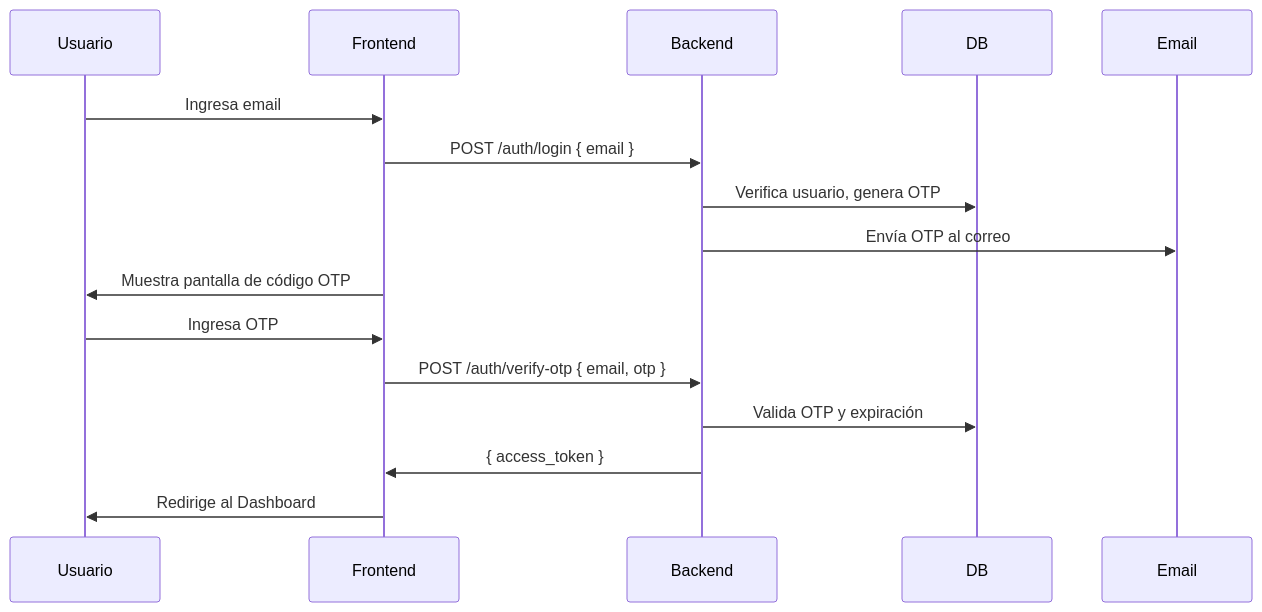
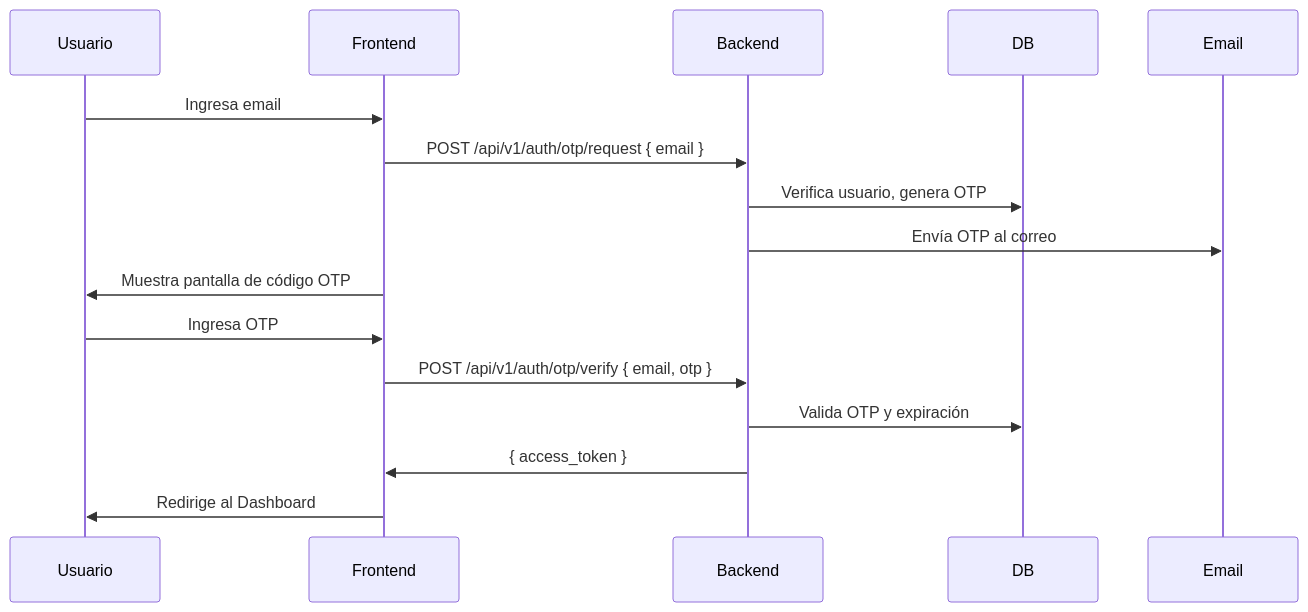
One commit to anac-lalala/app-appointments changed the diagram in docs/architecture.md. Above: the diagram before and after it, drawn with Mermaid. The commit also changed other lines of this file and 3 other files, not shown here.

````diff
--- a/docs/architecture.md
+++ b/docs/architecture.md
@@ -104,13 +104,13 @@
 ```mermaid
 sequenceDiagram
     Usuario->>Frontend: Ingresa email
-    Frontend->>Backend: POST /auth/login { email }
+    Frontend->>Backend: POST /api/v1/auth/otp/request { email }
     Backend->>DB: Verifica usuario, genera OTP
     Backend->>Email: Envía OTP al correo
     Frontend->>Usuario: Muestra pantalla de código OTP
     Usuario->>Frontend: Ingresa OTP
-    Frontend->>Backend: POST /auth/verify-otp { email, otp }
+    Frontend->>Backend: POST /api/v1/auth/otp/verify { email, otp }
     Backend->>DB: Valida OTP y expiración
     Backend->>Frontend: { access_token }
     Frontend->>Usuario: Redirige al Dashboard
 ```
````
